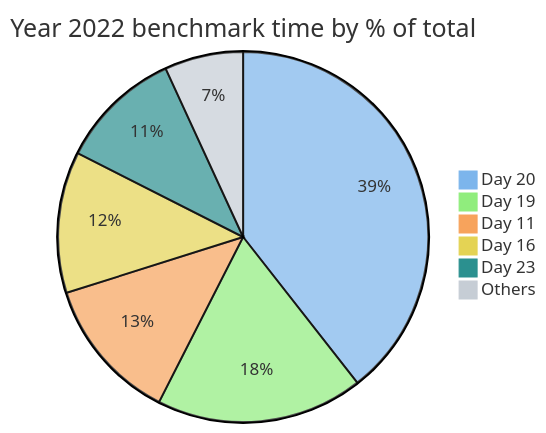
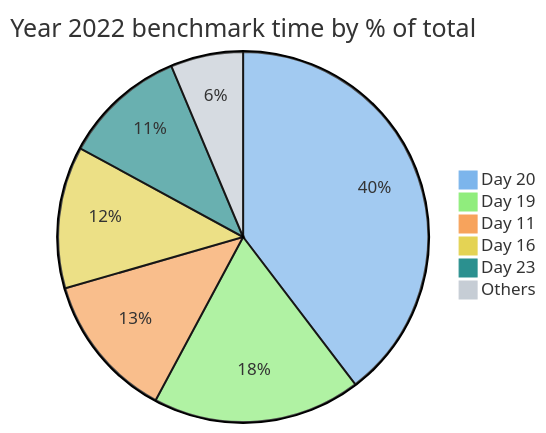
Before and after one commit to maneatingape/advent-of-code-rust: the second of 4 diagrams in README.md, drawn with Mermaid. The commit also changed other lines of this file and 5 other files, not shown here.

````diff
--- a/README.md
+++ b/README.md
@@ -61,11 +61,11 @@
 ```mermaid
 %%{init: {'theme': 'base', 'themeVariables': { 'pie1': '#7cb5ec', 'pie2': '#90ed7d', 'pie3': '#f7a35c', 'pie4': '#e4d354', 'pie5': '#2b908f', 'pie6': '#c6cdd5'}}}%%
 pie
     title Year 2022 benchmark time by % of total
     "Day 20" : 7449
     "Day 19" : 3416
     "Day 11" : 2386
     "Day 16" : 2331
     "Day 23" : 2017
-    "Others" : 1297
+    "Others" : 1189
 ```
````
